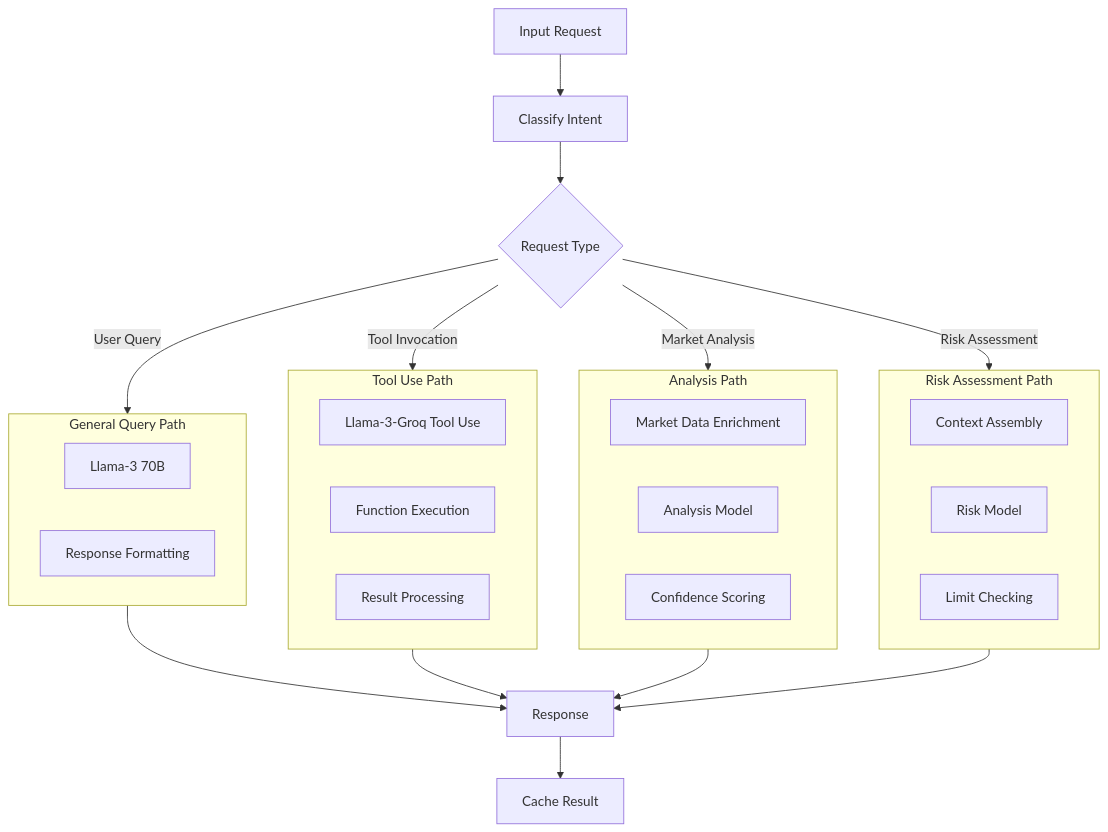
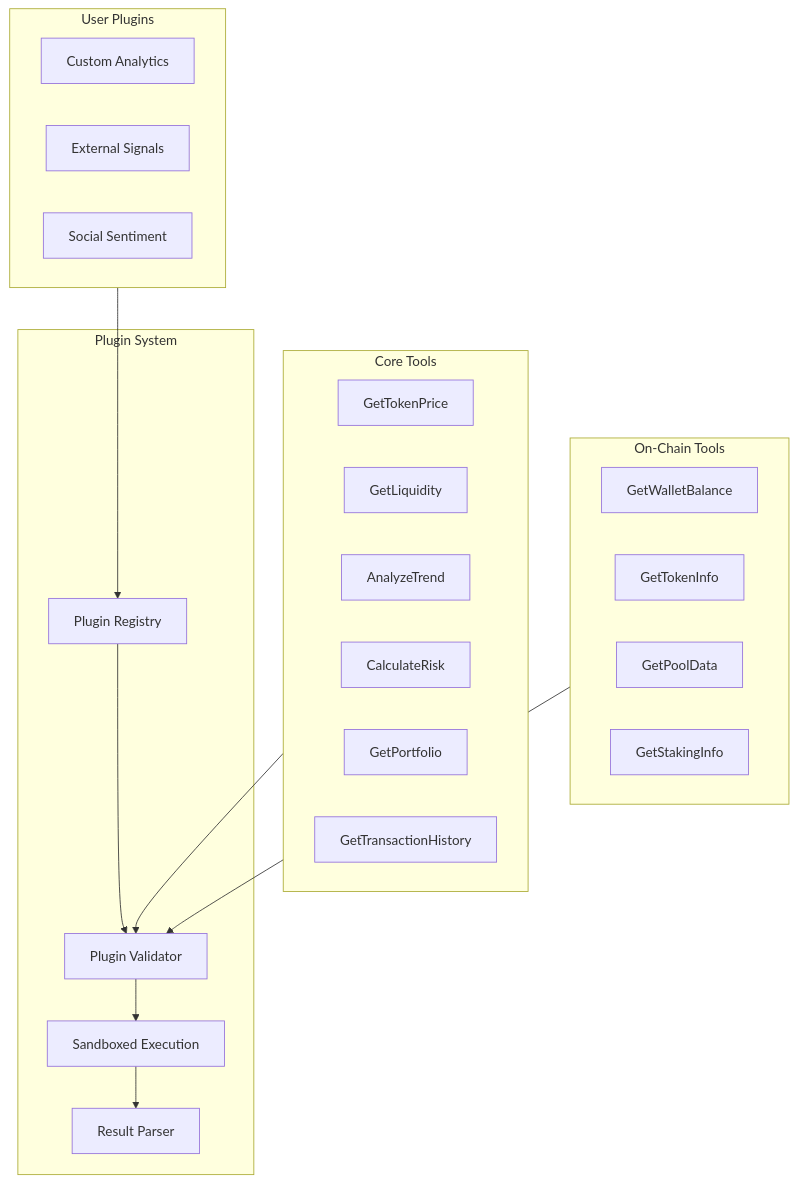
Diagram 16 of 39 in docs/architecture.md (xlabtg/TONAIAgent), drawn with Mermaid before and after one commit. The commit also changed other lines of this file, not shown here.

First line of the commit message:
Comprehensive architecture update addressing PR feedback

````diff
--- a/docs/architecture.md
+++ b/docs/architecture.md
@@ -417,41 +989,38 @@
 ```mermaid
 flowchart TB
-    INPUT[Input Request] --> CLASSIFY[Classify Intent]
-
-    CLASSIFY --> TYPE{Request Type}
-
-    TYPE -->|User Query| GENERAL_PATH
-    TYPE -->|Tool Invocation| TOOL_PATH
-    TYPE -->|Market Analysis| ANALYSIS_PATH
-    TYPE -->|Risk Assessment| RISK_PATH
-
-    subgraph GENERAL_PATH[General Query Path]
-        G1[Llama-3 70B]
-        G2[Response Formatting]
+    subgraph CoreTools["Core Tools"]
+        T1[GetTokenPrice]
+        T2[GetLiquidity]
+        T3[AnalyzeTrend]
+        T4[CalculateRisk]
+        T5[GetPortfolio]
+        T6[GetTransactionHistory]
     end
 
-    subgraph TOOL_PATH[Tool Use Path]
-        T1[Llama-3-Groq Tool Use]
-        T2[Function Execution]
-        T3[Result Processing]
+    subgraph OnChainTools["On-Chain Tools"]
+        C1[GetWalletBalance]
+        C2[GetTokenInfo]
+        C3[GetPoolData]
+        C4[GetStakingInfo]
     end
 
-    subgraph ANALYSIS_PATH[Analysis Path]
-        A1[Market Data Enrichment]
-        A2[Analysis Model]
-        A3[Confidence Scoring]
+    subgraph PluginSystem["Plugin System"]
+        P1[Plugin Registry]
+        P2[Plugin Validator]
+        P3[Sandboxed Execution]
+        P4[Result Parser]
     end
 
-    subgraph RISK_PATH[Risk Assessment Path]
-        R1[Context Assembly]
-        R2[Risk Model]
-        R3[Limit Checking]
+    subgraph CustomPlugins["User Plugins"]
+        UP1[Custom Analytics]
+        UP2[External Signals]
+        UP3[Social Sentiment]
     end
 
-    GENERAL_PATH --> OUTPUT
-    TOOL_PATH --> OUTPUT
-    ANALYSIS_PATH --> OUTPUT
-    RISK_PATH --> OUTPUT
-
-    OUTPUT[Response] --> CACHE[Cache Result]
+    CoreTools --> P2
+    OnChainTools --> P2
+    CustomPlugins --> P1
+    P1 --> P2
+    P2 --> P3
+    P3 --> P4
 ```
````
